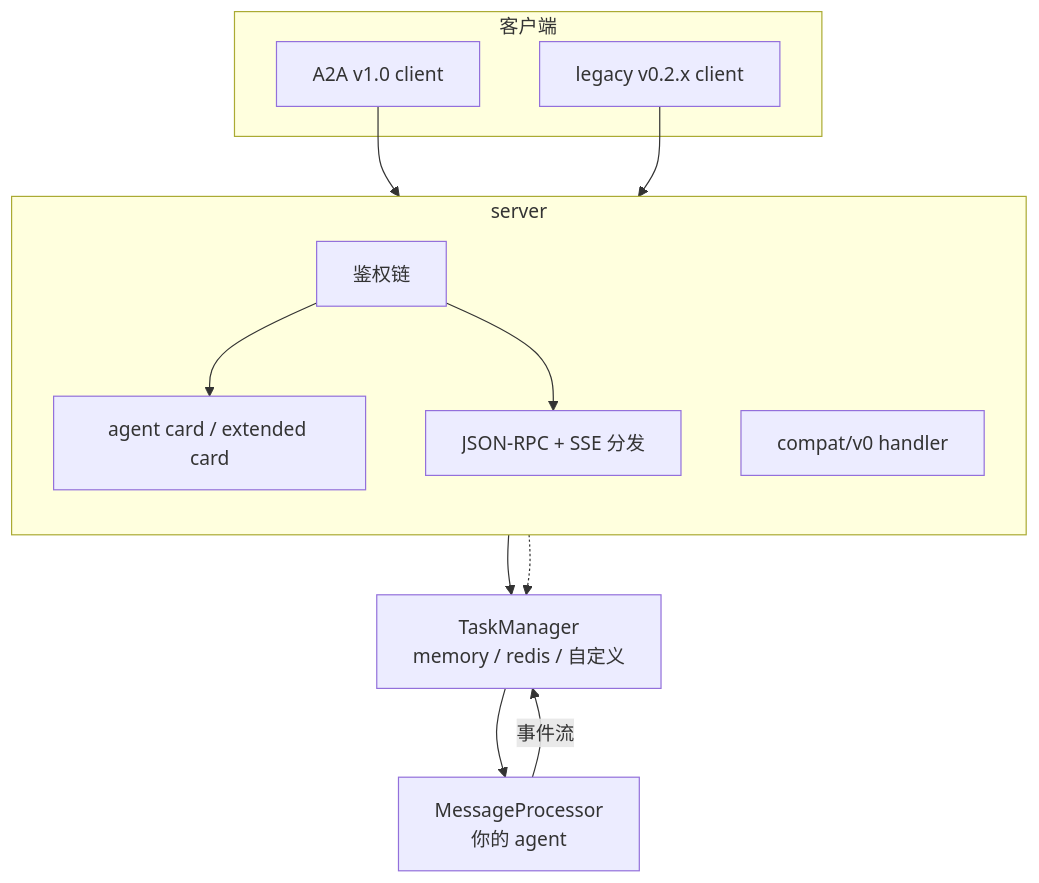
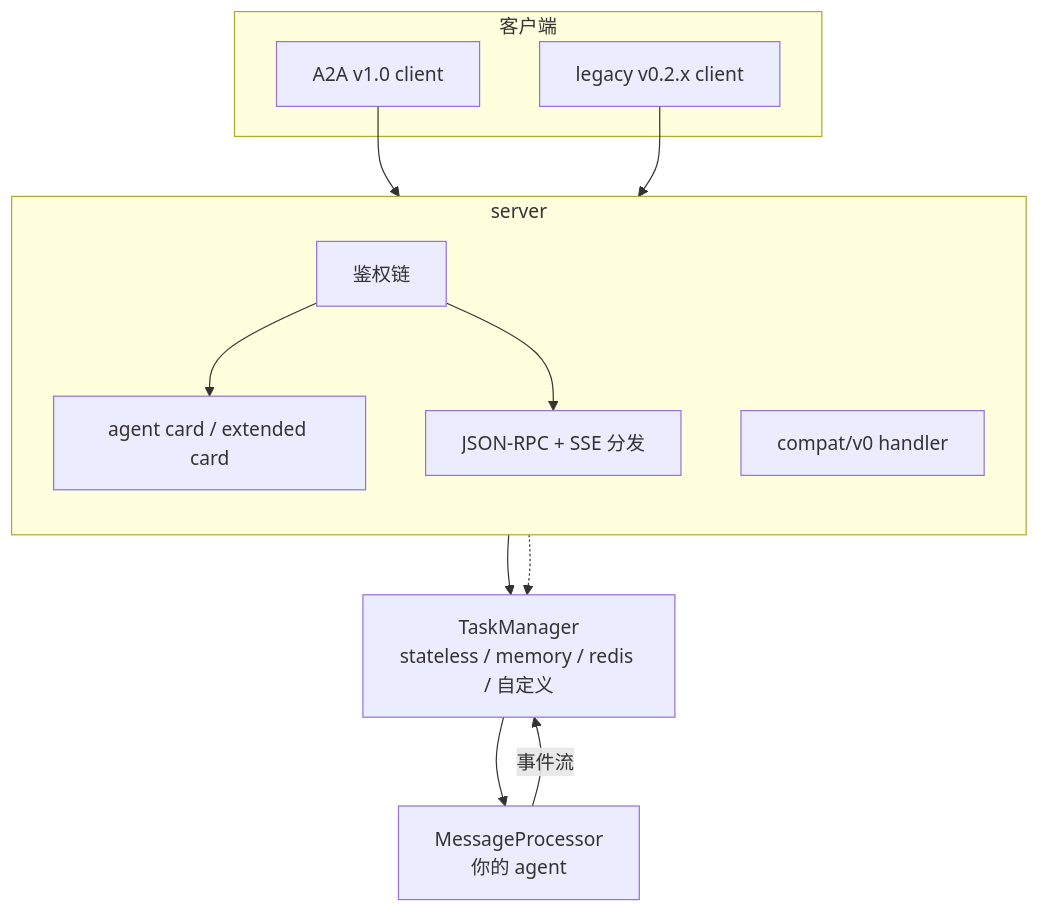
The first of 2 diagrams in docs/mkdocs/zh/overview.md (trpc-group/trpc-a2a-go), drawn with Mermaid before and after one commit. The commit also changed other lines of this file and 7 other files, not shown here.

Commit message:
taskmanager/stateless: add message-only task manager

````diff
--- a/docs/mkdocs/zh/overview.md
+++ b/docs/mkdocs/zh/overview.md
@@ -37,25 +38,25 @@
 ```mermaid
 flowchart TB
     subgraph clients["客户端"]
         C1["A2A v1.0 client"]
         C2["legacy v0.2.x client"]
     end
     subgraph server["server"]
         direction TB
         AUTH["鉴权链"]
         CARD["agent card / extended card"]
         RPC["JSON-RPC + SSE 分发"]
         COMPAT["compat/v0 handler"]
     end
-    TM["TaskManager<br/>memory / redis / 自定义"]
+    TM["TaskManager<br/>stateless / memory / redis / 自定义"]
     MP["MessageProcessor<br/>你的 agent"]
 
     C1 --> AUTH
     C2 --> AUTH
     AUTH --> CARD
     AUTH --> RPC
     RPC --> TM
     COMPAT -.-> TM
     TM --> MP
     MP -- "事件流" --> TM
 ```
````
